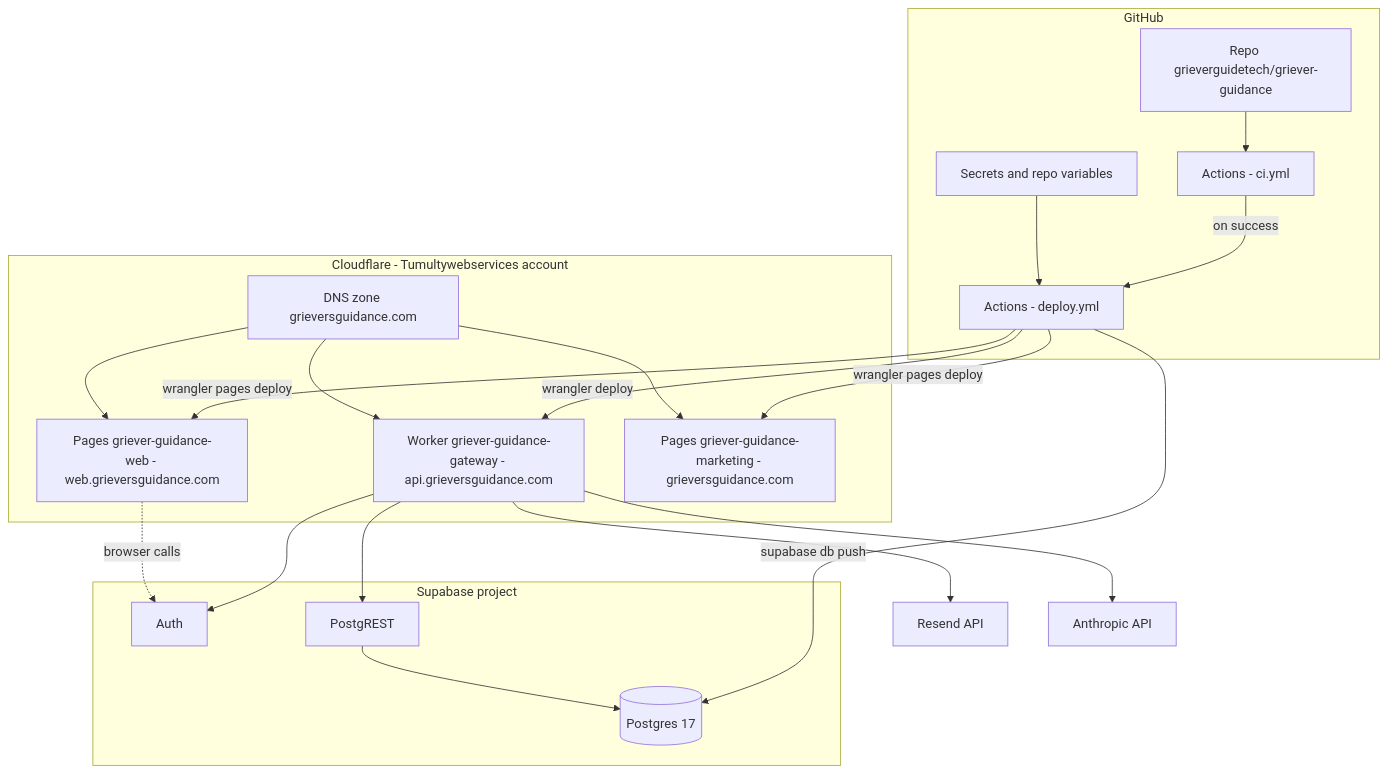
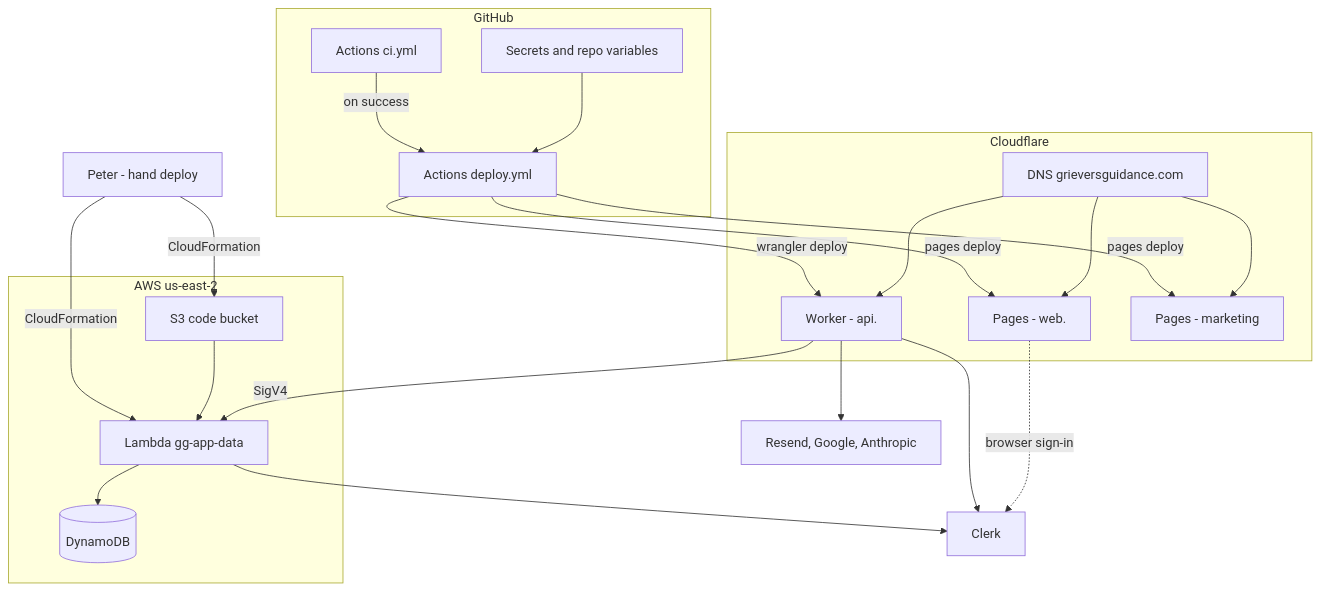
One commit to grieverguidetech/griever-guidance changed the eighth of 8 diagrams in docs/backend-services.md. Above: the diagram before and after it, drawn with Mermaid. The commit also changed other lines of this file, not shown here.

Commit message:
docs: redraw backend-services diagrams for the AWS backend (#911)

````diff
--- a/docs/backend-services.md
+++ b/docs/backend-services.md
@@ -730,42 +690,43 @@
 ```mermaid
 flowchart TB
   subgraph GHA["GitHub"]
-    REPO["Repo grieverguidetech/griever-guidance"]
-    CIW["Actions - ci.yml"]
-    DPW["Actions - deploy.yml"]
+    CIW["Actions ci.yml"]
+    DPW["Actions deploy.yml"]
     SEC["Secrets and repo variables"]
   end
 
-  subgraph CFN["Cloudflare - Tumultywebservices account"]
-    DNS["DNS zone grieversguidance.com"]
-    WKR["Worker griever-guidance-gateway - api.grieversguidance.com"]
-    PWEB["Pages griever-guidance-web - web.grieversguidance.com"]
-    PMKT["Pages griever-guidance-marketing - grieversguidance.com"]
+  subgraph CFN["Cloudflare"]
+    DNS["DNS grieversguidance.com"]
+    WKR["Worker - api."]
+    PWEB["Pages - web."]
+    PMKT["Pages - marketing"]
   end
 
-  subgraph SUP["Supabase project"]
-    SAUTH["Auth"]
-    SREST["PostgREST"]
-    SPG[("Postgres 17")]
+  subgraph AWSN["AWS us-east-2"]
+    S3["S3 code bucket"]
+    FN["Lambda gg-app-data"]
+    DDB[("DynamoDB")]
   end
 
-  RSD["Resend API"]
-  ANT["Anthropic API"]
+  PETER["Peter - hand deploy"]
+  CLK["Clerk"]
+  EXT["Resend, Google, Anthropic"]
 
-  REPO --> CIW
   CIW -->|"on success"| DPW
   SEC --> DPW
-  DPW -->|"supabase db push"| SPG
   DPW -->|"wrangler deploy"| WKR
-  DPW -->|"wrangler pages deploy"| PWEB
-  DPW -->|"wrangler pages deploy"| PMKT
+  DPW -->|"pages deploy"| PWEB
+  DPW -->|"pages deploy"| PMKT
   DNS --> WKR
   DNS --> PWEB
   DNS --> PMKT
-  WKR --> SAUTH
-  WKR --> SREST
-  SREST --> SPG
-  WKR --> RSD
-  WKR --> ANT
-  PWEB -.->|"browser calls"| SAUTH
+  PETER -->|"CloudFormation"| S3
+  PETER -->|"CloudFormation"| FN
+  S3 --> FN
+  WKR -->|"SigV4"| FN
+  FN --> DDB
+  WKR --> CLK
+  FN --> CLK
+  WKR --> EXT
+  PWEB -.->|"browser sign-in"| CLK
 ```
````
